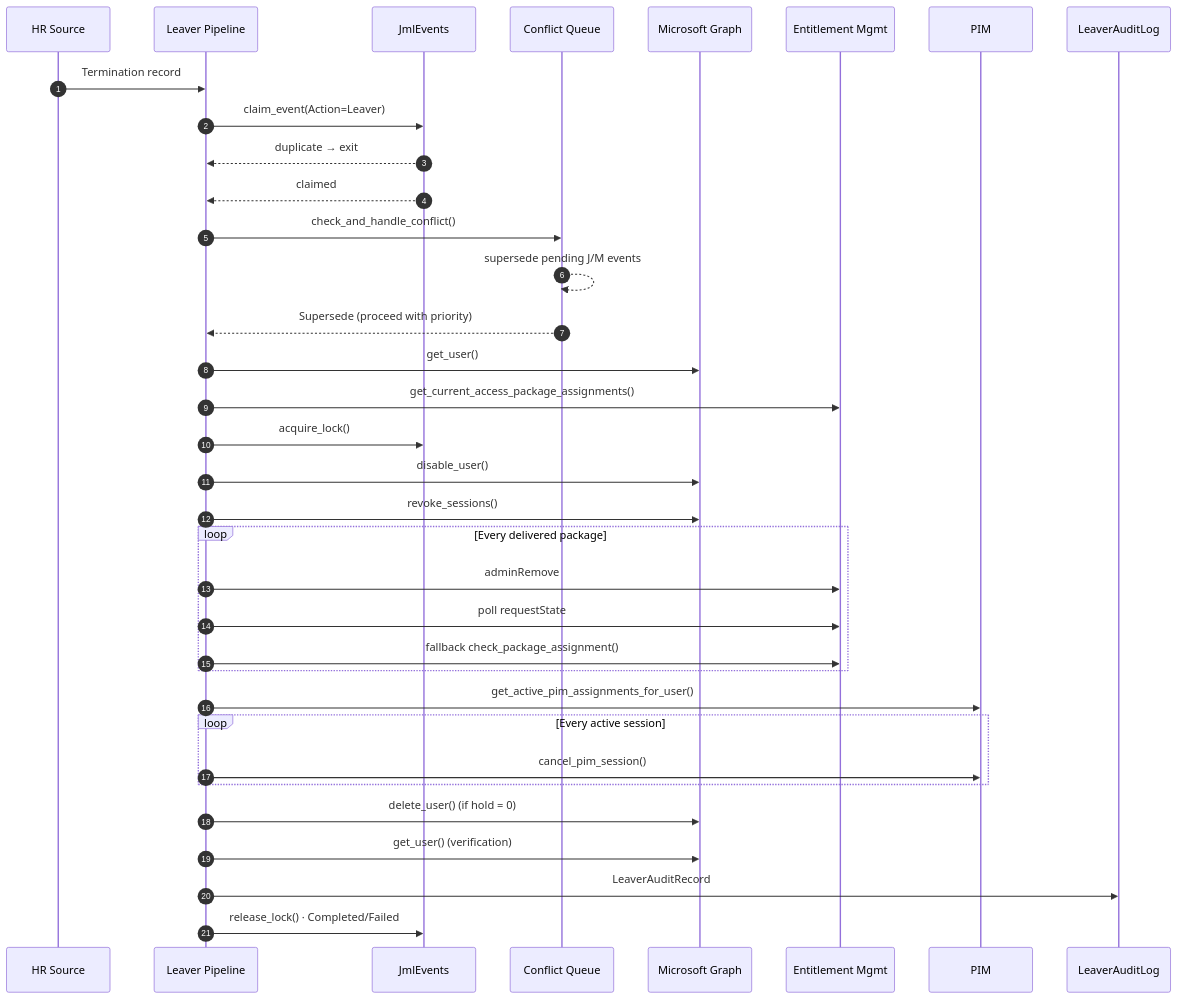
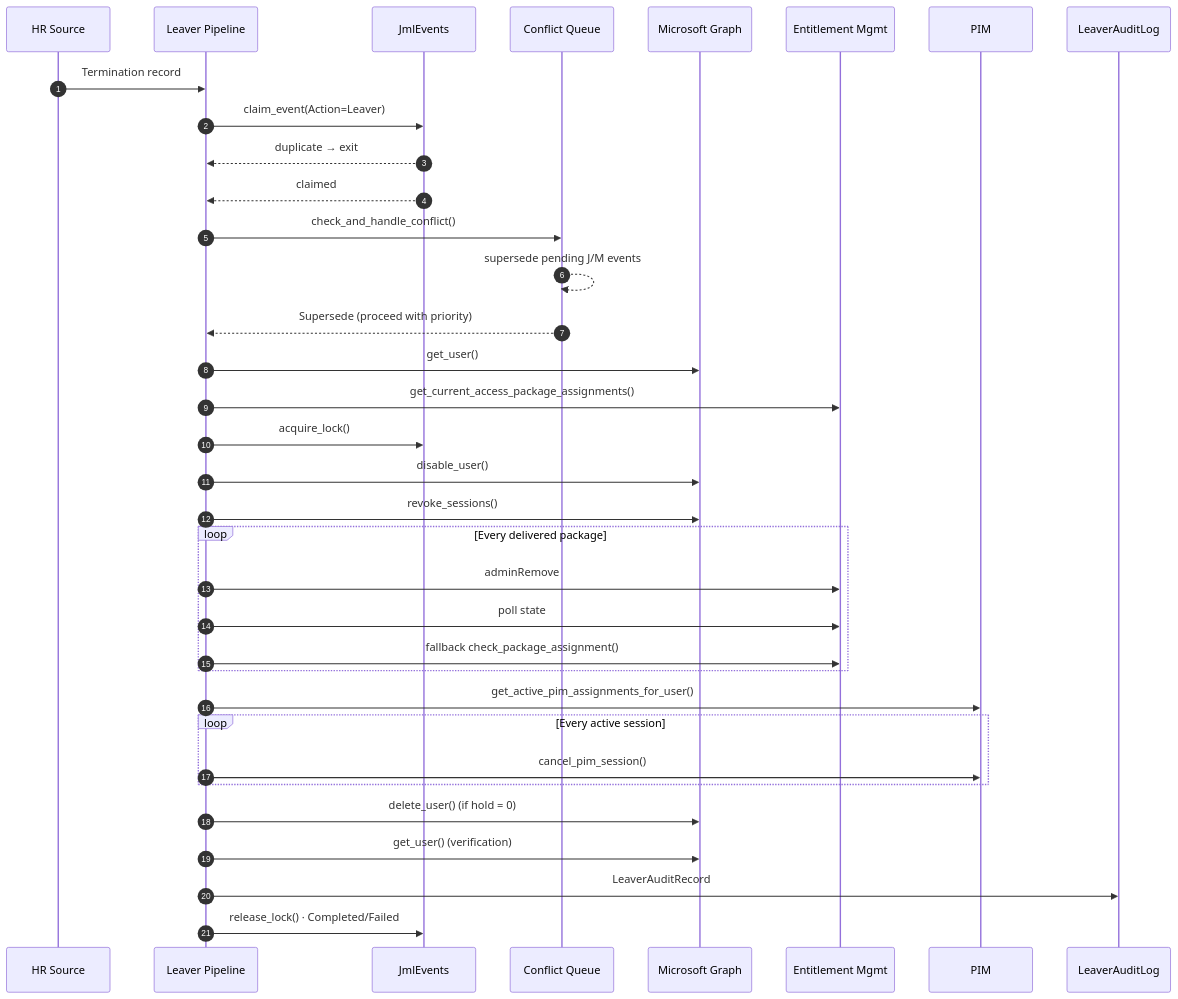
The sixth of 9 diagrams in Architecture.md (donhenzo/JML-EnigneV2), drawn with Mermaid before and after one commit. The commit also changed other lines of this file and 1 other file, not shown here.

````diff
--- a/Architecture.md
+++ b/Architecture.md
@@ -528,44 +528,44 @@
 ```mermaid
 sequenceDiagram
     autonumber
     participant HR as HR Source
     participant L as Leaver Pipeline
     participant ES as JmlEvents
     participant CQ as Conflict Queue
     participant G as Microsoft Graph
     participant EM as Entitlement Mgmt
     participant PIM as PIM
     participant A as LeaverAuditLog
 
     HR->>L: Termination record
     L->>ES: claim_event(Action=Leaver)
     ES-->>L: duplicate → exit
     ES-->>L: claimed
     L->>CQ: check_and_handle_conflict()
     CQ-->>CQ: supersede pending J/M events
     CQ-->>L: Supersede (proceed with priority)
 
     L->>G: get_user()
     L->>EM: get_current_access_package_assignments()
     L->>ES: acquire_lock()
 
     L->>G: disable_user()
     L->>G: revoke_sessions()
 
     loop Every delivered package
         L->>EM: adminRemove
-        L->>EM: poll requestState
+        L->>EM: poll state
         L->>EM: fallback check_package_assignment()
     end
 
     L->>PIM: get_active_pim_assignments_for_user()
     loop Every active session
         L->>PIM: cancel_pim_session()
     end
 
     L->>G: delete_user() (if hold = 0)
 
     L->>G: get_user() (verification)
     L->>A: LeaverAuditRecord
     L->>ES: release_lock() · Completed/Failed
 ```
````
